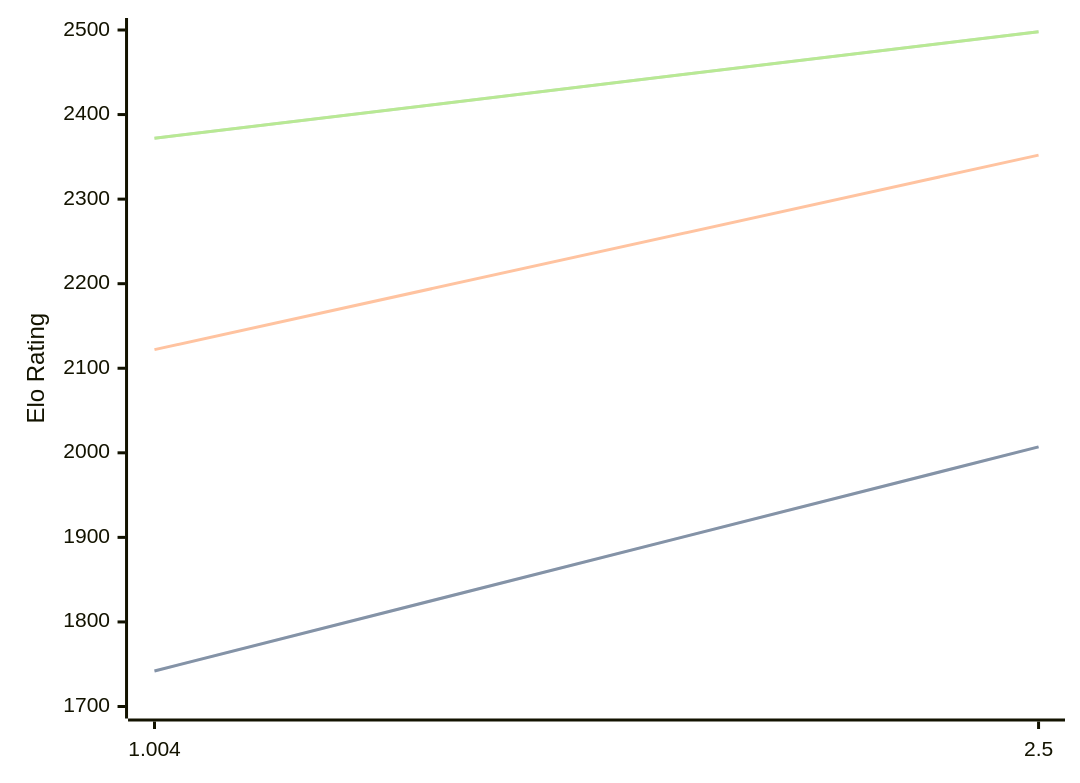
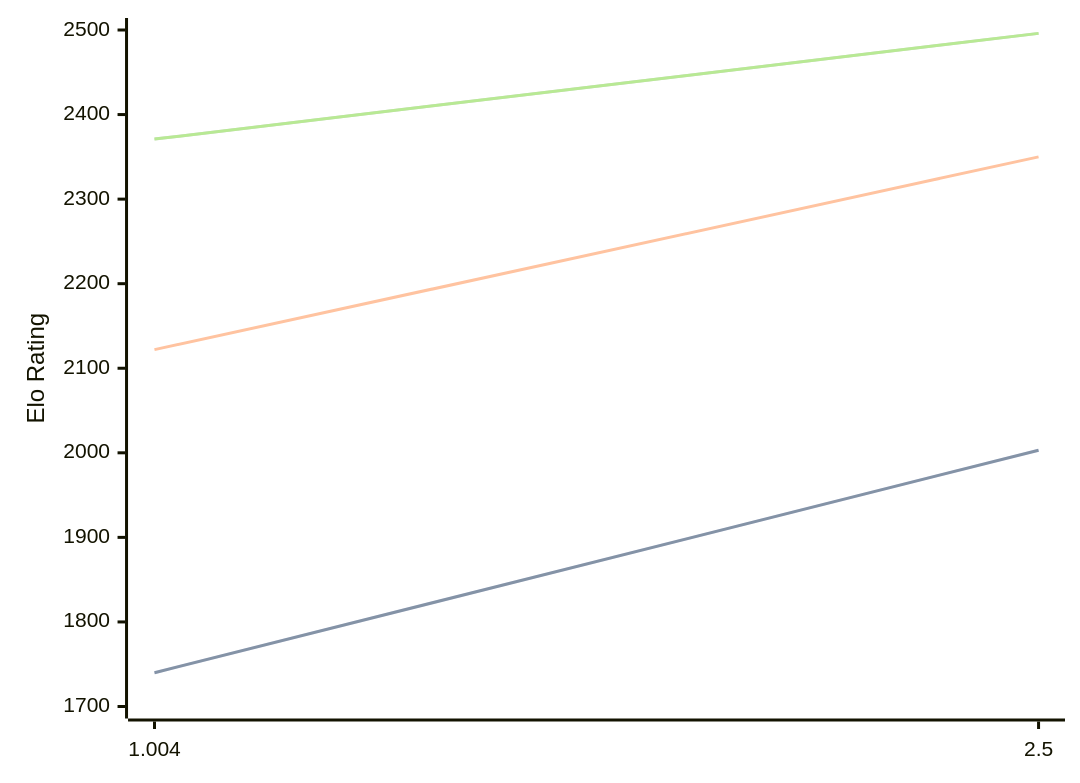
The diagram in engines/Ares.md (computer-chess-index/cci), drawn with Mermaid before and after one commit. The commit also changed other lines of this file, not shown here.

Commit message:
Update CCI Ratings (ELO VLTC) - 2026-02-28

````diff
--- a/engines/Ares.md
+++ b/engines/Ares.md
@@ -30,11 +30,11 @@
 ```mermaid
 %%{init: {"theme":"base","themeVariables":{"seriesColors:['#a3a3a3','#222221','#faa371']}}}%%
 xychart-beta
   x-axis ["1.004", "2.5"]
   y-axis "Elo Rating" 1700 --> 2500
-  line "STC (8.0+0.08s)" [1742, 2007]
-  line "STC (8.0+0.08s)" [1742, 2007]
-  line "LTC (60.0+0.60s)" [2122, 2352]
-  line "VLTC (2m24s+1.12s)" [2372, 2498]
-  line "VLTC (2m24s+1.12s)" [2372, 2498]
+  line "STC (8.0+0.08s)" [1740, 2003]
+  line "STC (8.0+0.08s)" [1740, 2003]
+  line "LTC (60.0+0.60s)" [2122, 2350]
+  line "VLTC (2m24s+1.12s)" [2371, 2496]
+  line "VLTC (2m24s+1.12s)" [2371, 2496]
 ```
````
